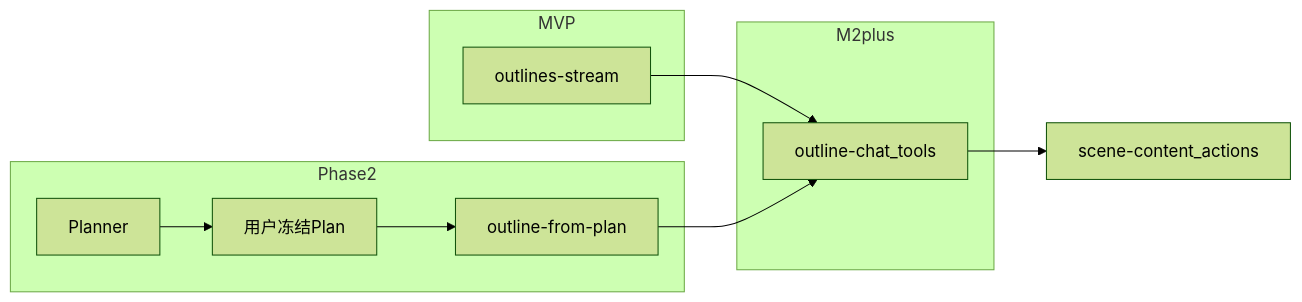
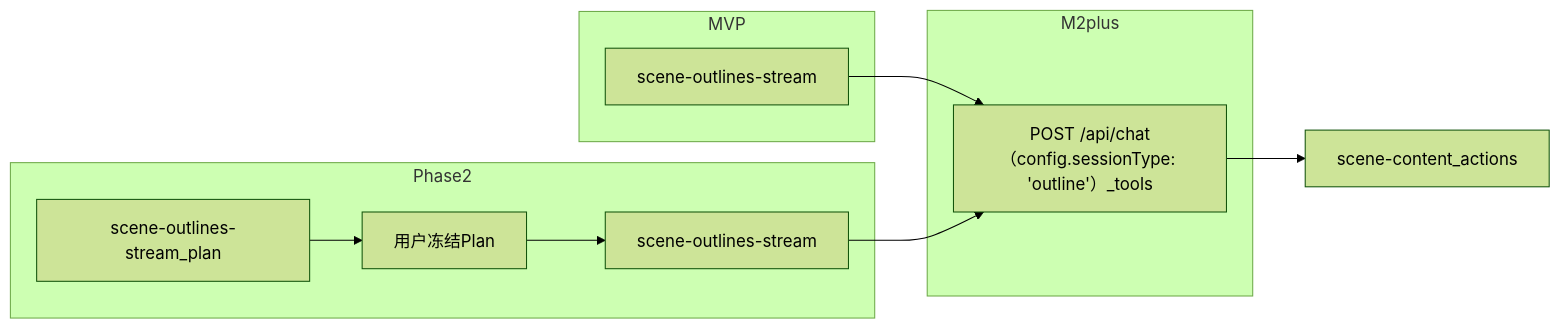
One commit to HeyChizuru/mindflow changed the second of 6 diagrams in docs/ARCHITECTURE.md. Above: the diagram before and after it, drawn with Mermaid (forest theme). The commit also changed other lines of this file and 8 other files, not shown here.

````diff
--- a/docs/ARCHITECTURE.md
+++ b/docs/ARCHITECTURE.md
@@ -156,18 +135,18 @@
 ```mermaid
 flowchart LR
   subgraph mvp [MVP]
-    OS[outlines-stream]
+    OS[scene-outlines-stream]
   end
   subgraph p2 [Phase2]
-    PL[Planner]
+    PL[scene-outlines-stream_plan]
     FR[用户冻结Plan]
-    OFP[outline-from-plan]
+    OFP[scene-outlines-stream]
     PL --> FR --> OFP
   end
   subgraph m2p [M2plus]
-    OC[outline-chat_tools]
+    OC[POST /api/chat（config.sessionType: 'outline'）_tools]
   end
   OS --> OC
   OFP --> OC
   OC --> SC[scene-content_actions]
 ```
````
